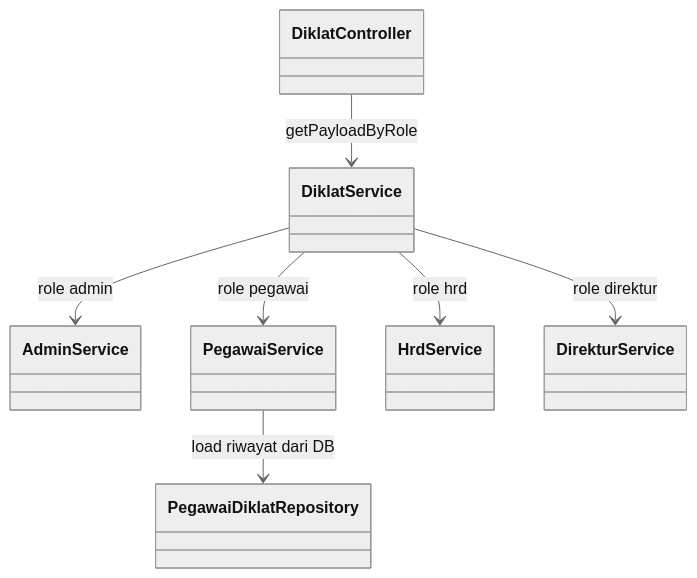
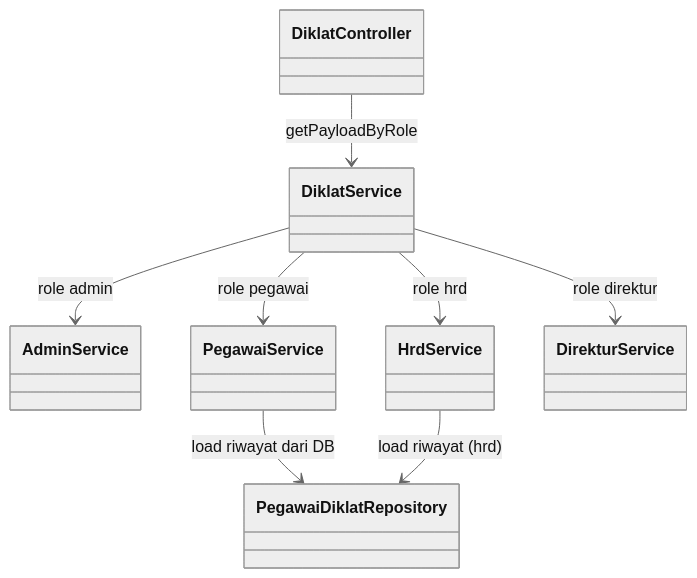
Before and after one commit to widy4aa/BE-SIMPEG-RSKALISAT: diagram 19 of 37 in dokumentasi/dokumentasi_app.md, drawn with Mermaid (neutral theme). The commit also changed other lines of this file and 6 other files, not shown here.

````diff
--- a/dokumentasi/dokumentasi_app.md
+++ b/dokumentasi/dokumentasi_app.md
@@ -908,17 +928,18 @@
 ```mermaid
 classDiagram
 	class DiklatController
 	class DiklatService
 	class AdminService
 	class PegawaiService
 	class PegawaiDiklatRepository
 	class HrdService
 	class DirekturService
 
 	DiklatController --> DiklatService : getPayloadByRole
 	DiklatService --> AdminService : role admin
 	DiklatService --> PegawaiService : role pegawai
 	PegawaiService --> PegawaiDiklatRepository : load riwayat dari DB
 	DiklatService --> HrdService : role hrd
 	DiklatService --> DirekturService : role direktur
+	HrdService --> PegawaiDiklatRepository : load riwayat (hrd)
 ```
````
